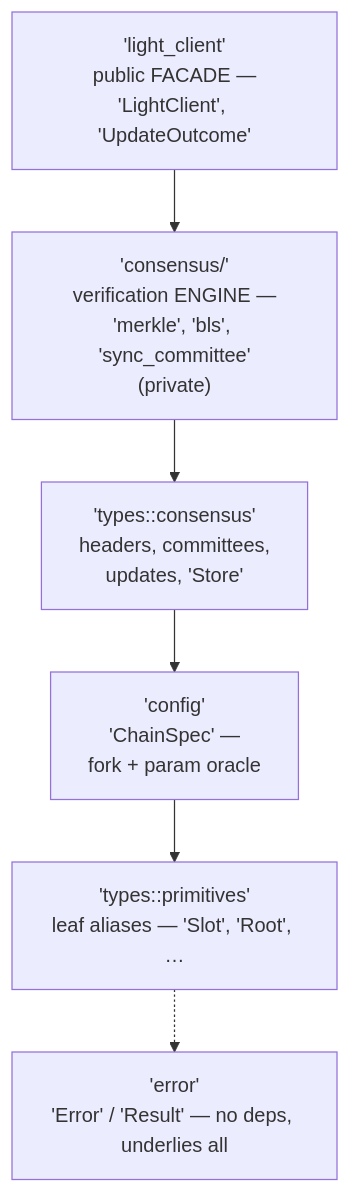
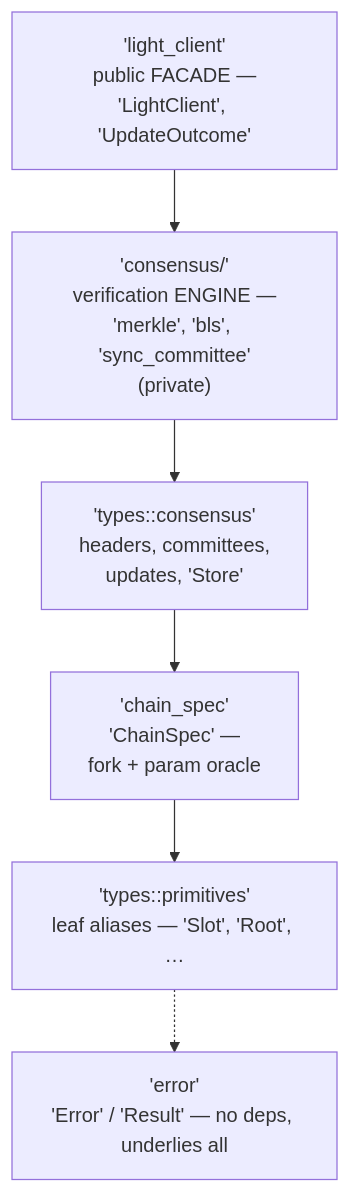
One commit to EchoAlice/eth-light-client changed the first of 2 diagrams in src/README.md. Above: the diagram before and after it, drawn with Mermaid. The commit also changed other lines of this file and 16 other files, not shown here.

First line of the commit message:
refactor: chain_spec — test sweep, module rename, README catch-up (#126)

````diff
--- a/src/README.md
+++ b/src/README.md
@@ -9,12 +9,12 @@
 ```mermaid
 flowchart TD
     fac["'light_client'<br/>public FACADE —<br/>'LightClient', 'UpdateOutcome'"]
     eng["'consensus/'<br/>verification ENGINE —<br/>'merkle', 'bls', 'sync_committee'<br/>(private)"]
     ct["'types::consensus'<br/>headers, committees,<br/>updates, 'Store'"]
-    cfg["'config'<br/>'ChainSpec' —<br/>fork + param oracle"]
+    cfg["'chain_spec'<br/>'ChainSpec' —<br/>fork + param oracle"]
     prim["'types::primitives'<br/>leaf aliases — 'Slot', 'Root', …"]
     err["'error'<br/>'Error' / 'Result' — no deps, underlies all"]
 
     fac --> eng --> ct --> cfg --> prim
     prim -.-> err
 ```
````
